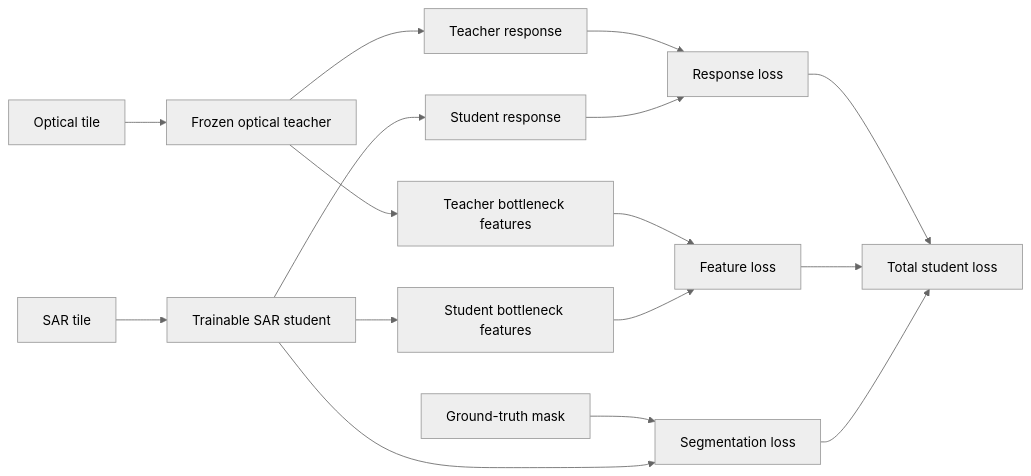
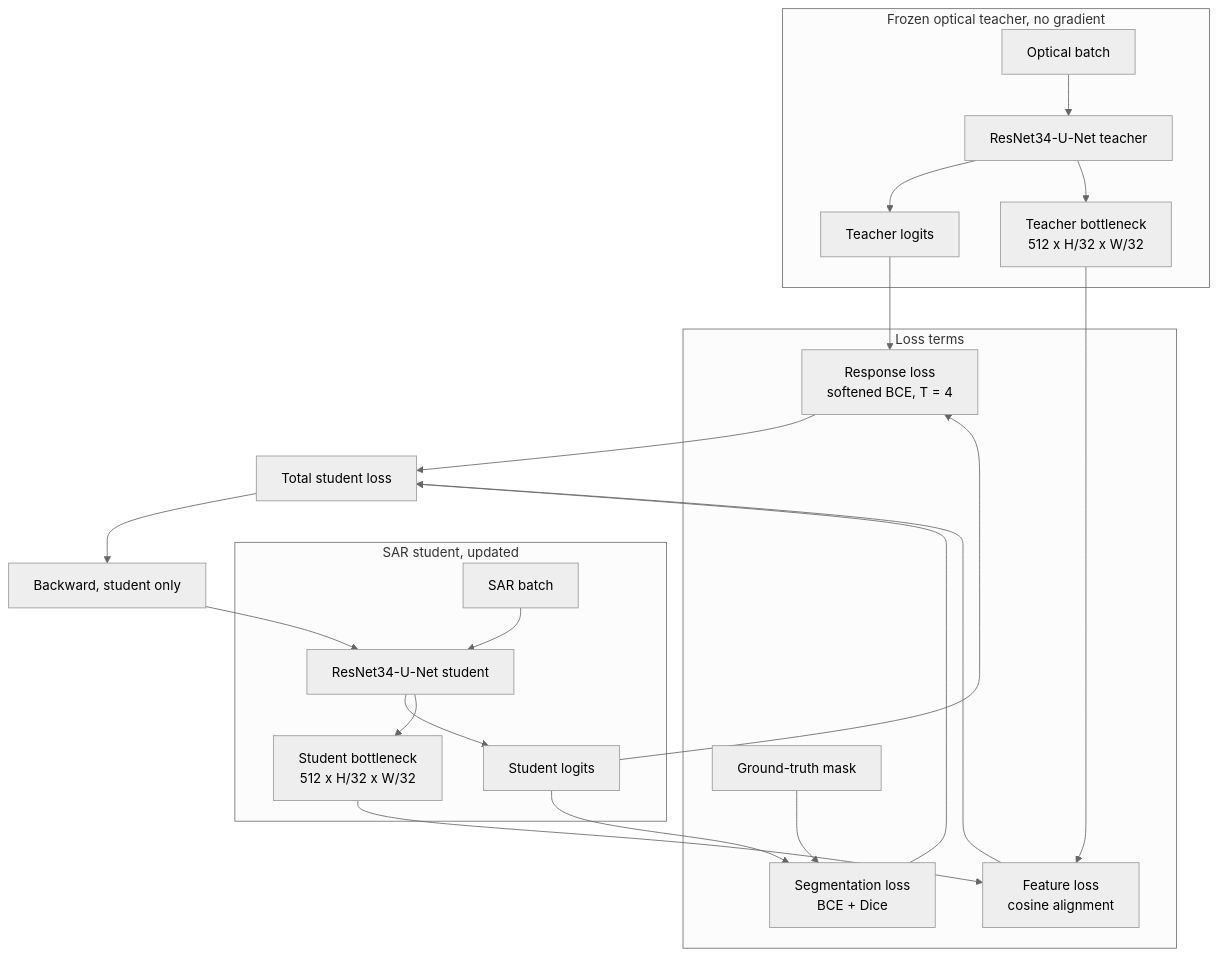
One commit to amulyagavankar20-glitch/SpaceNet-6-Multi-Sensor-All-Weather-Mapping changed the fifth of 10 diagrams in README.md. Above: the diagram before and after it, drawn with Mermaid (neutral theme). The commit also changed other lines of this file, not shown here.

````diff
--- a/README.md
+++ b/README.md
@@ -257,18 +174,29 @@
 ```mermaid
-flowchart LR
-    O["Optical tile"] --> T["Frozen optical teacher"]
-    R["SAR tile"] --> S["Trainable SAR student"]
-    T --> TR["Teacher response"]
-    T --> TF["Teacher bottleneck features"]
-    S --> SR["Student response"]
-    S --> SF["Student bottleneck features"]
-    TR --> L1["Response loss"]
-    SR --> L1
-    TF --> L2["Feature loss"]
-    SF --> L2
-    GT["Ground-truth mask"] --> L3["Segmentation loss"]
-    S --> L3
-    L1 --> TOTAL["Total student loss"]
-    L2 --> TOTAL
-    L3 --> TOTAL
+flowchart TB
+    subgraph TEACHER["Frozen optical teacher, no gradient"]
+        O["Optical batch"] --> TF["ResNet34-U-Net teacher"]
+        TF --> TLOG["Teacher logits"]
+        TF --> TFEAT["Teacher bottleneck<br/>512 x H/32 x W/32"]
+    end
+
+    subgraph STUDENT["SAR student, updated"]
+        R["SAR batch"] --> SF["ResNet34-U-Net student"]
+        SF --> SLOG["Student logits"]
+        SF --> SFEAT["Student bottleneck<br/>512 x H/32 x W/32"]
+    end
+
+    subgraph LOSSES["Loss terms"]
+        G["Ground-truth mask"] --> LS["Segmentation loss<br/>BCE + Dice"]
+        SLOG --> LS
+        TLOG --> LR["Response loss<br/>softened BCE, T = 4"]
+        SLOG --> LR
+        TFEAT --> LF["Feature loss<br/>cosine alignment"]
+        SFEAT --> LF
+    end
+
+    LS --> TOT["Total student loss"]
+    LR --> TOT
+    LF --> TOT
+    TOT --> UPD["Backward, student only"]
+    UPD --> SF
 ```
````
